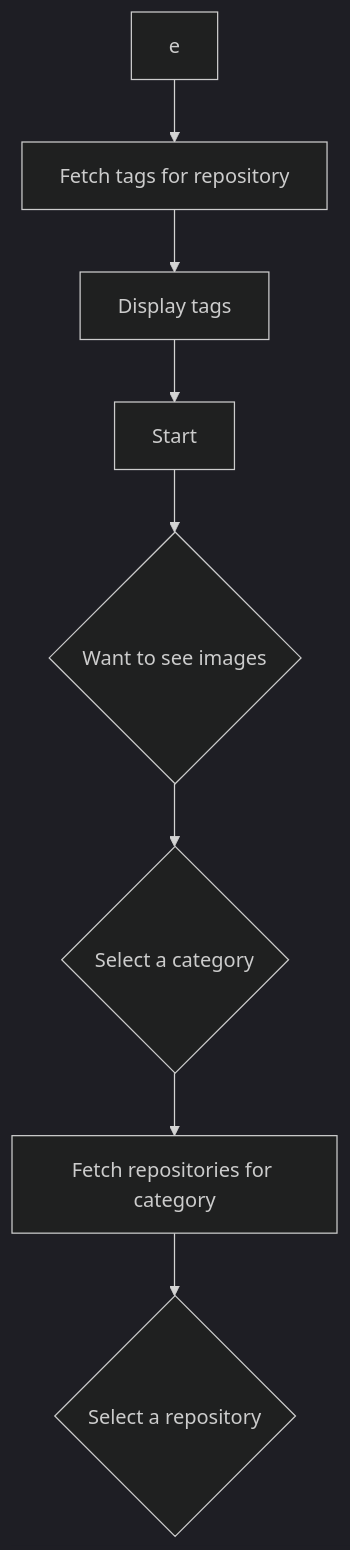
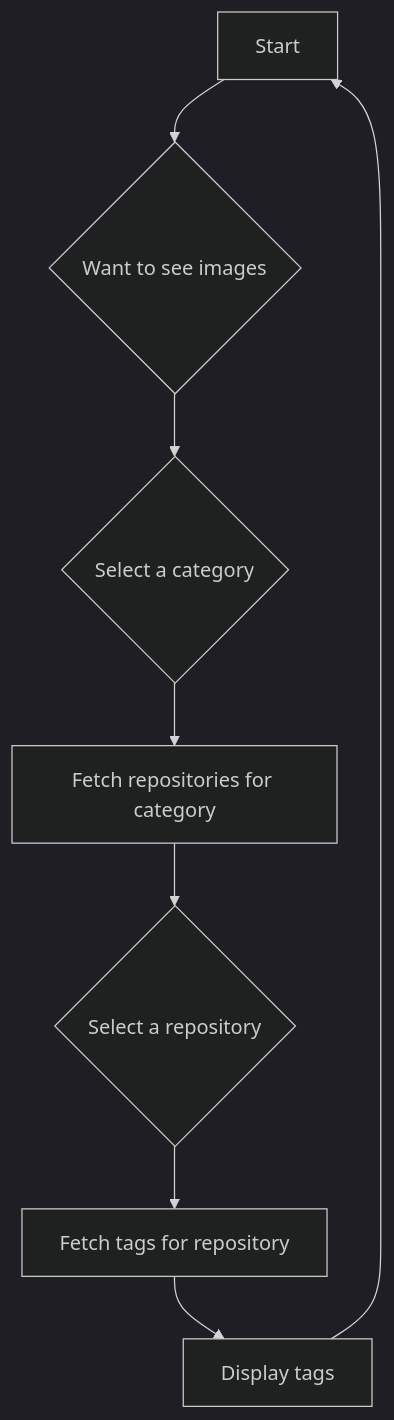
The diagram in docs/api/README.md (ValdemarPospisil/WhaleWatcher), drawn with Mermaid (dark theme) before and after one commit.

Commit message:
fix(conductor): Apply review suggestions for track 'Docker Hub API Documentation'

````diff
--- a/docs/api/README.md
+++ b/docs/api/README.md
@@ -7,10 +7,10 @@
 ```mermaid
 graph TD
     A[Start] --> B{Want to see images};
     B --> C{Select a category};
     C --> D[Fetch repositories for category];
     D --> E{Select a repository};
-e --> F[Fetch tags for repository];
+    E --> F[Fetch tags for repository];
     F --> G[Display tags];
     G --> A;
 ```
````
